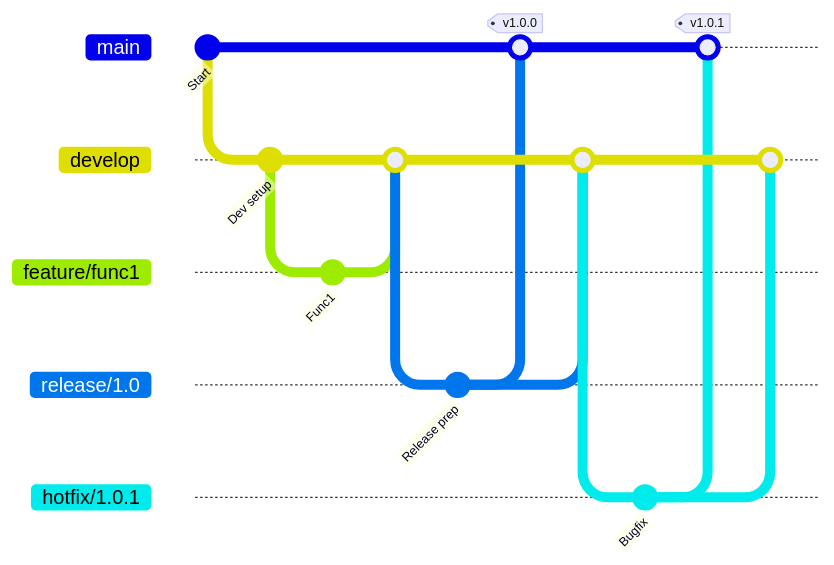
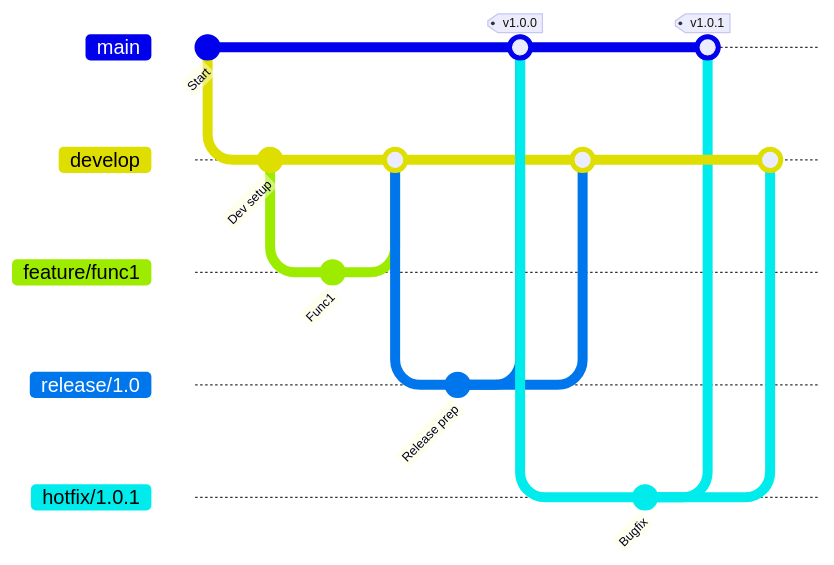
Before and after one commit to BT-BLUE/.github: the fifth of 5 diagrams in README_BT_BLUE_VERSIONAMENTO.md, drawn with Mermaid. The commit also changed other lines of this file, not shown here.

````diff
--- a/README_BT_BLUE_VERSIONAMENTO.md
+++ b/README_BT_BLUE_VERSIONAMENTO.md
@@ -140,22 +131,27 @@
 ```mermaid
 gitGraph
-   commit id: "Start"
-   branch develop
-   commit id: "Dev setup"
-   branch feature/func1
-   commit id: "Func1"
-   checkout develop
-   merge feature/func1
-   branch release/1.0
-   commit id: "Release prep"
-   checkout main
-   merge release/1.0 tag: "v1.0.0"
-   checkout develop
-   merge release/1.0
-   branch hotfix/1.0.1
-   commit id: "Bugfix"
-   checkout main
-   merge hotfix/1.0.1 tag: "v1.0.1"
-   checkout develop
-   merge hotfix/1.0.1
+    commit id: "Start"
+    branch develop
+    checkout develop
+    commit id: "Dev setup"
+    branch feature/func1
+    checkout feature/func1
+    commit id: "Func1"
+    checkout develop
+    merge feature/func1
+    branch release/1.0
+    checkout release/1.0
+    commit id: "Release prep"
+    checkout main
+    merge release/1.0 tag: "v1.0.0"
+    checkout develop
+    merge release/1.0
+    checkout main
+    branch hotfix/1.0.1
+    checkout hotfix/1.0.1
+    commit id: "Bugfix"
+    checkout main
+    merge hotfix/1.0.1 tag: "v1.0.1"
+    checkout develop
+    merge hotfix/1.0.1
 ```
````
